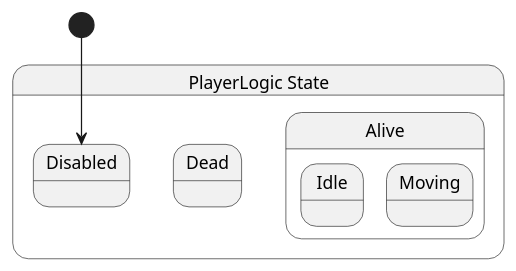
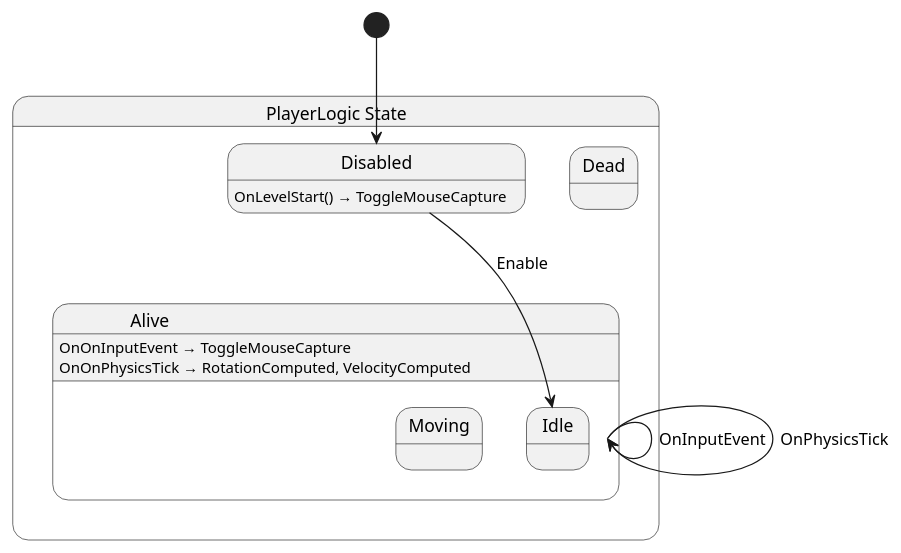
The diagram in Scripts/Drone/Player/State/PlayerLogic.g.puml (SkyValor/rescue-drone), drawn with PlantUML before and after one commit. The commit also changed 7 other files, not shown here.

Commit message:
Moved the implementation of moving the player drone into the state machine.

```diff
--- a/Scripts/Drone/Player/State/PlayerLogic.g.puml
+++ b/Scripts/Drone/Player/State/PlayerLogic.g.puml
@@ -1,11 +1,20 @@
 @startuml PlayerLogic
 state "PlayerLogic State" as RescueDrone_PlayerLogic_State {
   state "Alive" as RescueDrone_PlayerLogic_State_Alive {
     state "Idle" as RescueDrone_PlayerLogic_State_Idle
     state "Moving" as RescueDrone_PlayerLogic_State_Moving
   }
   state "Dead" as RescueDrone_PlayerLogic_State_Dead
   state "Disabled" as RescueDrone_PlayerLogic_State_Disabled
 }
+
+RescueDrone_PlayerLogic_State_Alive --> RescueDrone_PlayerLogic_State_Alive : OnInputEvent
+RescueDrone_PlayerLogic_State_Alive --> RescueDrone_PlayerLogic_State_Alive : OnPhysicsTick
+RescueDrone_PlayerLogic_State_Disabled --> RescueDrone_PlayerLogic_State_Idle : Enable
+
+RescueDrone_PlayerLogic_State_Alive : OnOnInputEvent → ToggleMouseCapture
+RescueDrone_PlayerLogic_State_Alive : OnOnPhysicsTick → RotationComputed, VelocityComputed
+RescueDrone_PlayerLogic_State_Disabled : OnLevelStart() → ToggleMouseCapture
+
 [*] --> RescueDrone_PlayerLogic_State_Disabled
 @enduml
```
